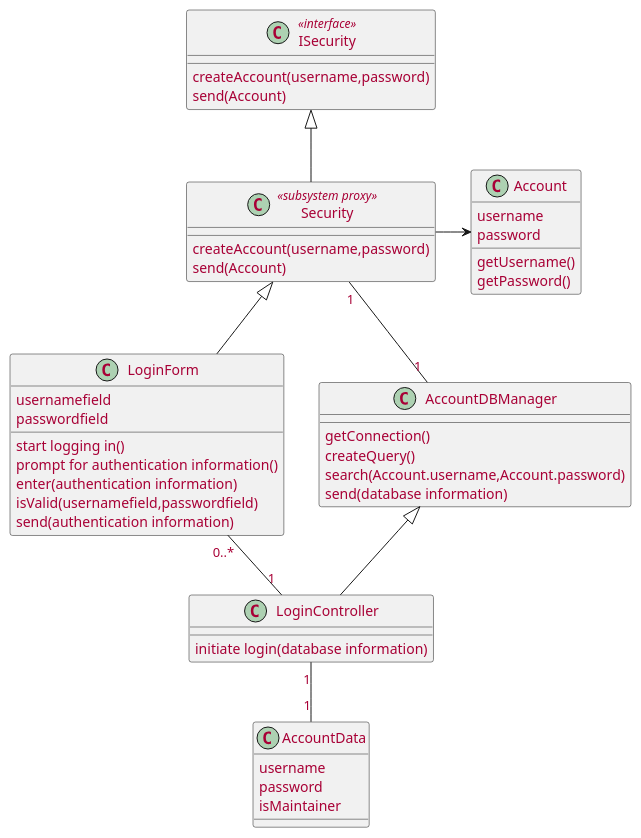
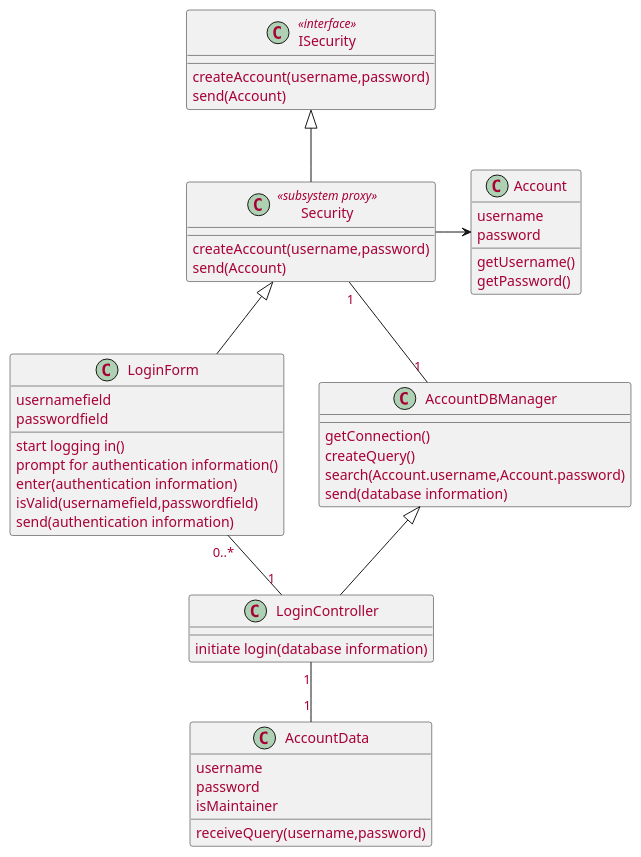
The second of 6 diagrams in source/solution/use-case-design.rst (McSinyx/ipppi), drawn with PlantUML before and after one commit.

```diff
--- a/source/solution/use-case-design.rst
+++ b/source/solution/use-case-design.rst
@@ -48,49 +48,49 @@
 .. uml::
 
    skinparam defaultFontColor #a80036
    
    class Account {
      username
      password
      getUsername()
      getPassword()
    }
 
    class LoginForm extends Security {
       usernamefield
       passwordfield
       start logging in()
       prompt for authentication information()
       enter(authentication information)
       isValid(usernamefield,passwordfield)
       send(authentication information)
    }
    class ISecurity <<interface>> {
       createAccount(username,password)
       send(Account)  
    }
    class Security <<subsystem proxy>> extends ISecurity {
       createAccount(username,password)
       send(Account)
    }
    class AccountDBManager {
       getConnection()
       createQuery()
       search(Account.username,Account.password)
       send(database information)
    }
    class LoginController extends AccountDBManager {
        initiate login(database information)
    }
    
    class AccountData {
        username
        password
        isMaintainer
-       
+       receiveQuery(username,password)
    }
 
    LoginForm "0..*" -- "1" LoginController
    LoginController "1" -- "1" AccountData
    Security -> Account
    Security "1" -- "1" AccountDBManager
```
